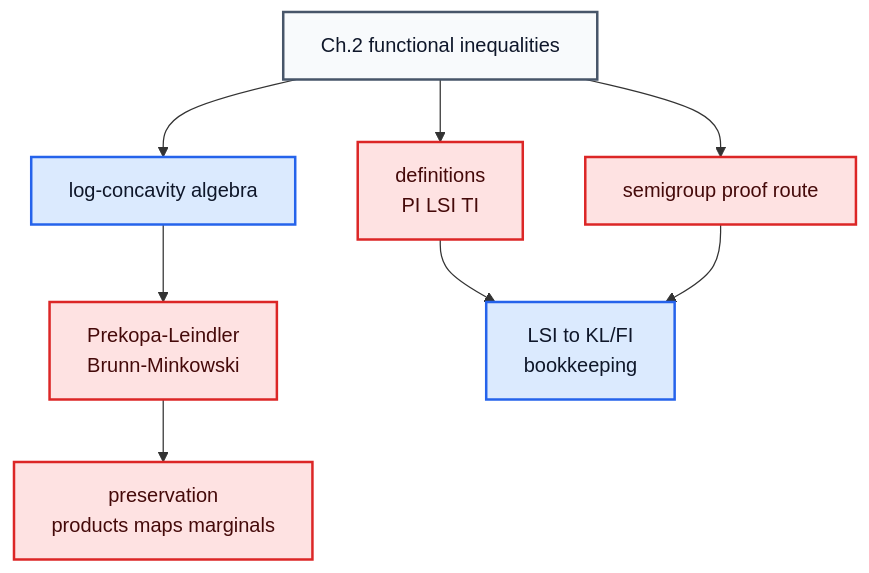
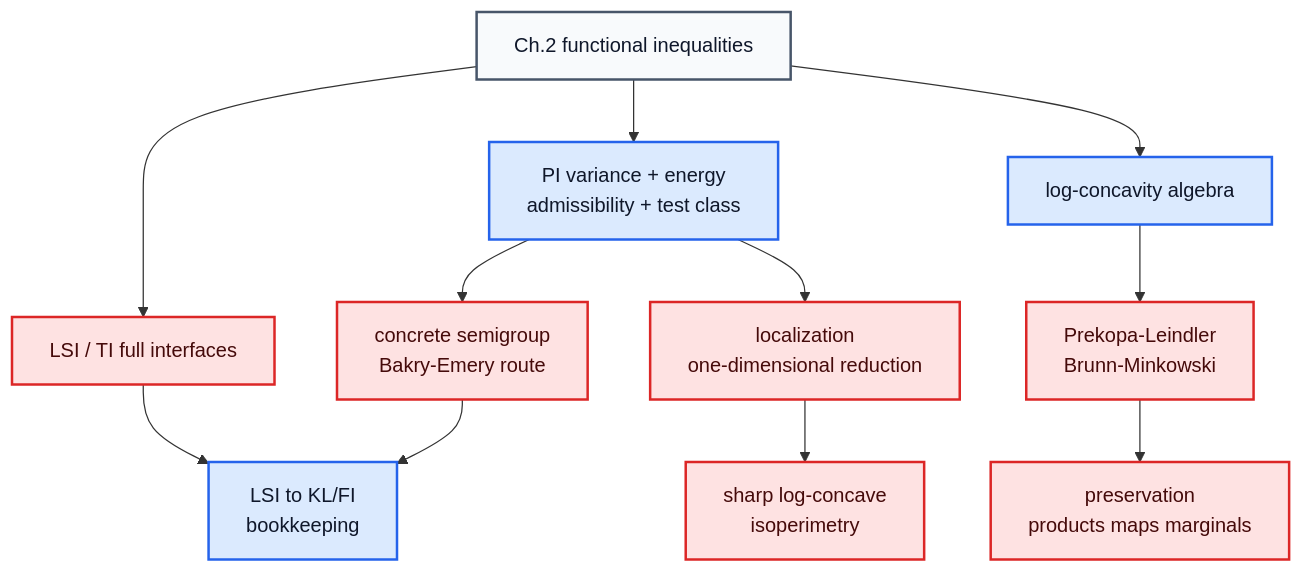
Before and after one commit to DakeBU/Auto-Sampling-Theory-In-Sleep: the eighth of 13 diagrams in README.md, drawn with Mermaid. The commit also changed other lines of this file and 28 other files, not shown here.

````diff
--- a/README.md
+++ b/README.md
@@ -400,18 +408,24 @@
 ```mermaid
 flowchart TD
   C2[Ch.2 functional inequalities]:::chapter
-  Def[definitions<br/>PI LSI TI]:::red
+  PIDef[PI variance + energy<br/>admissibility + test class]:::blue
+  LSIdef[LSI / TI full interfaces]:::red
   Conv[log-concavity algebra]:::blue
   PL[Prekopa-Leindler<br/>Brunn-Minkowski]:::red
   Pres[preservation<br/>products maps marginals]:::red
   LSI[LSI to KL/FI<br/>bookkeeping]:::blue
-  Sem[semigroup proof route]:::red
+  Sem[concrete semigroup<br/>Bakry-Emery route]:::red
+  Loc[localization<br/>one-dimensional reduction]:::red
+  Sharp[sharp log-concave<br/>isoperimetry]:::red
 
-  C2 --> Def --> LSI
+  C2 --> PIDef
+  C2 --> LSIdef --> LSI
   C2 --> Conv --> PL --> Pres
-  C2 --> Sem --> LSI
+  PIDef --> Sem
+  PIDef --> Loc --> Sharp
+  Sem --> LSI
 
   classDef chapter fill:#f8fafc,stroke:#475569,color:#0f172a,stroke-width:2px;
   classDef blue fill:#dbeafe,stroke:#2563eb,color:#0f172a,stroke-width:2px;
   classDef red fill:#fee2e2,stroke:#dc2626,color:#450a0a,stroke-width:2px;
 ```
````
